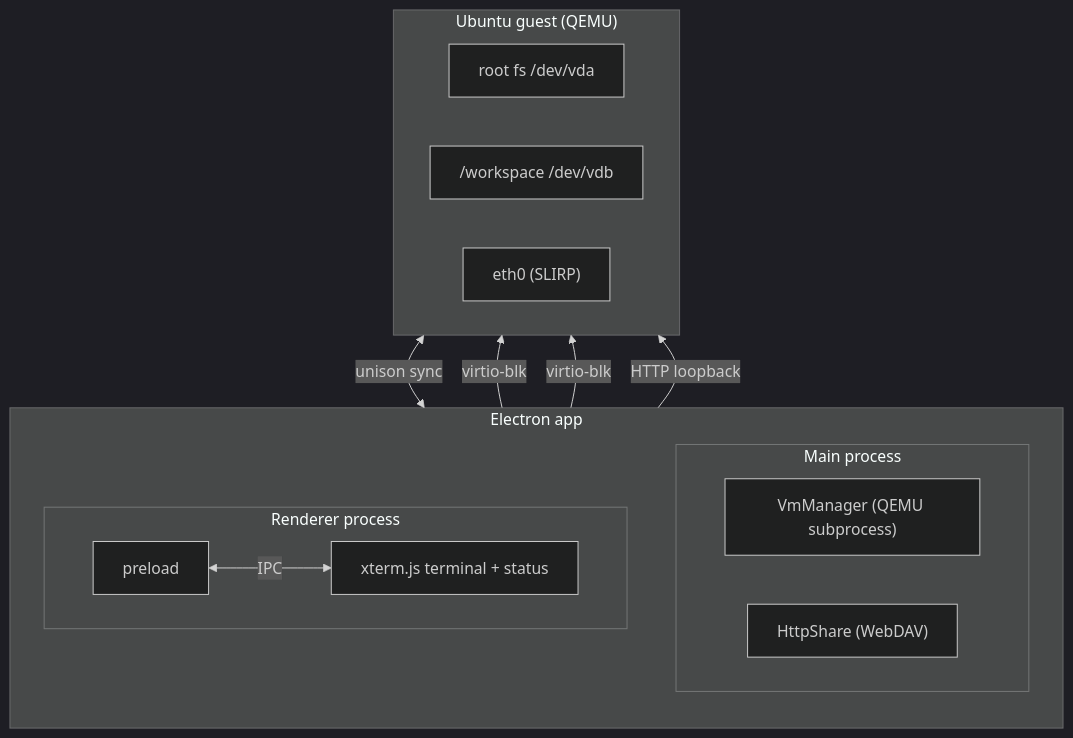
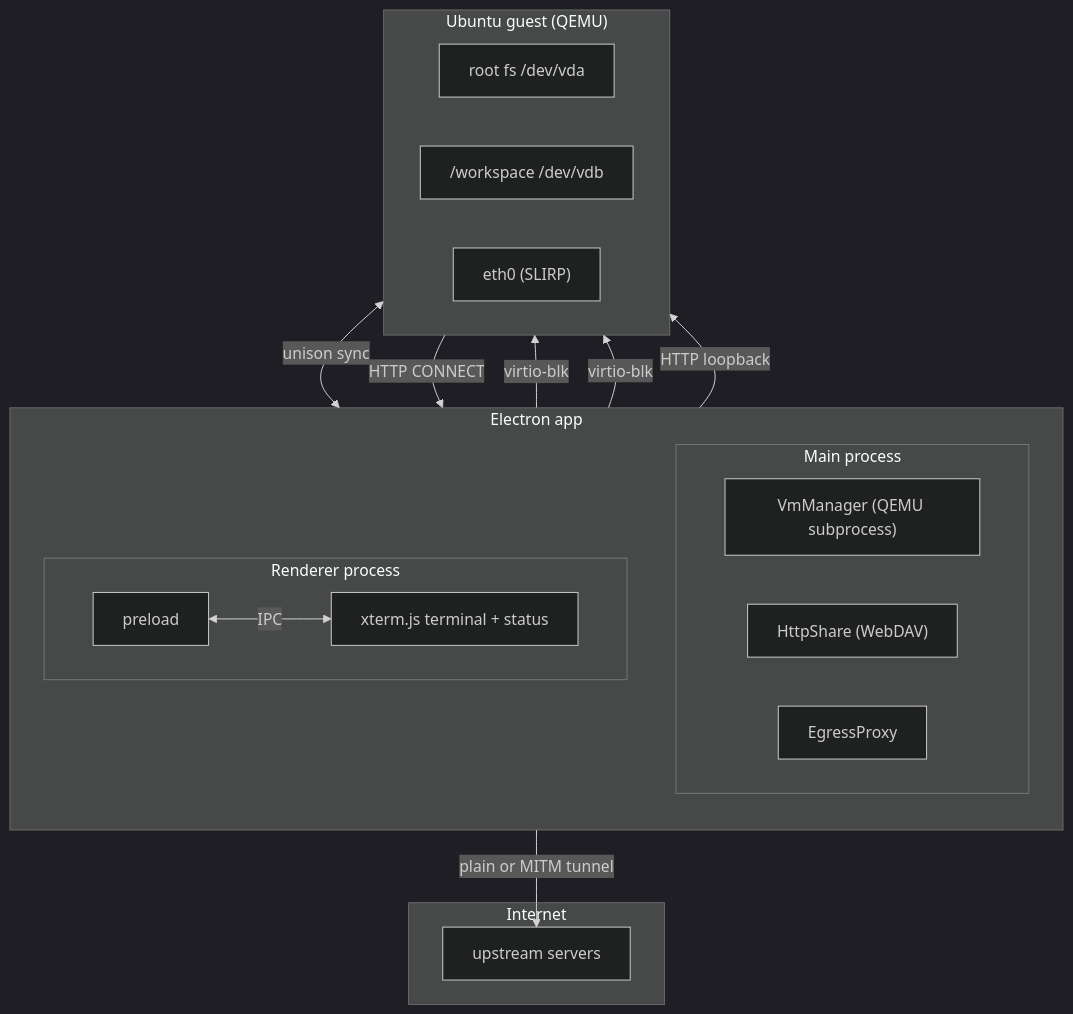
Before and after one commit to semidark/valencebox: the diagram in sandbox/README.md, drawn with Mermaid (dark theme). The commit also changed other lines of this file, not shown here.

First line of the commit message:
docs: document egress proxy configuration in README

````diff
--- a/sandbox/README.md
+++ b/sandbox/README.md
@@ -10,30 +10,37 @@
 ```mermaid
 flowchart TB
     subgraph App["Electron app"]
         direction TB
         subgraph Host["Main process"]
             direction LR
             VM["VmManager (QEMU subprocess)"]
             Share["HttpShare (WebDAV)"]
+            Proxy["EgressProxy"]
         end
 
         subgraph Render["Renderer process"]
             direction LR
             Preload["preload"]
             Renderer["xterm.js terminal + status"]
         end
     end
 
     subgraph Guest["Ubuntu guest (QEMU)"]
         direction LR
         Root["root fs /dev/vda"]
         Work["/workspace /dev/vdb"]
         Net["eth0 (SLIRP)"]
     end
 
+    subgraph Upstream["Internet"]
+        UpstreamHost["upstream servers"]
+    end
+
     Preload <-->|IPC| Renderer
     VM -->|virtio-blk| Root
     VM -->|virtio-blk| Work
     Share -->|HTTP loopback| Net
     Work <-->|unison sync| Share
+    Net -->|HTTP CONNECT| Proxy
+    Proxy -->|plain or MITM tunnel| UpstreamHost
 ```
````
